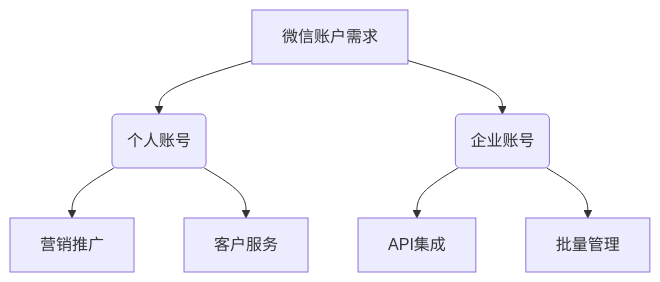
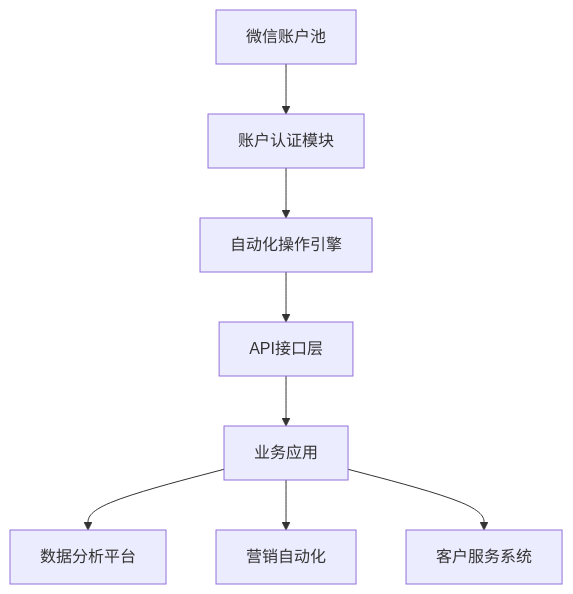
The diagram in README.md (x17b/WeChatpurchase), drawn with Mermaid before and after one commit. The commit also changed other lines of this file, not shown here.

````diff
--- a/README.md
+++ b/README.md
@@ -31,9 +9,10 @@
 ```mermaid
 graph TD
-    A[微信账户需求] --> B(个人账号)
-    A --> C(企业账号)
-    B --> D[营销推广]
-    B --> E[客户服务]
-    C --> F[API集成]
-    C --> G[批量管理]
+    A[微信账户池] --> B[账户认证模块]
+    B --> C[自动化操作引擎]
+    C --> D[API接口层]
+    D --> E[业务应用]
+    E --> F[数据分析平台]
+    E --> G[营销自动化]
+    E --> H[客户服务系统]
 ```
````
